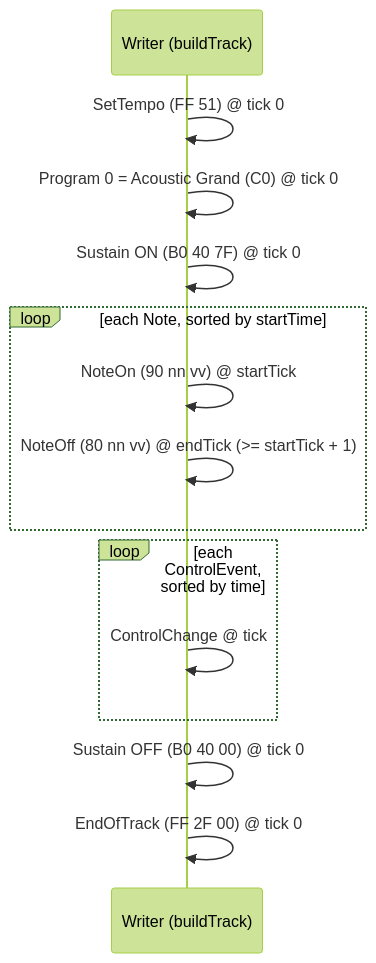
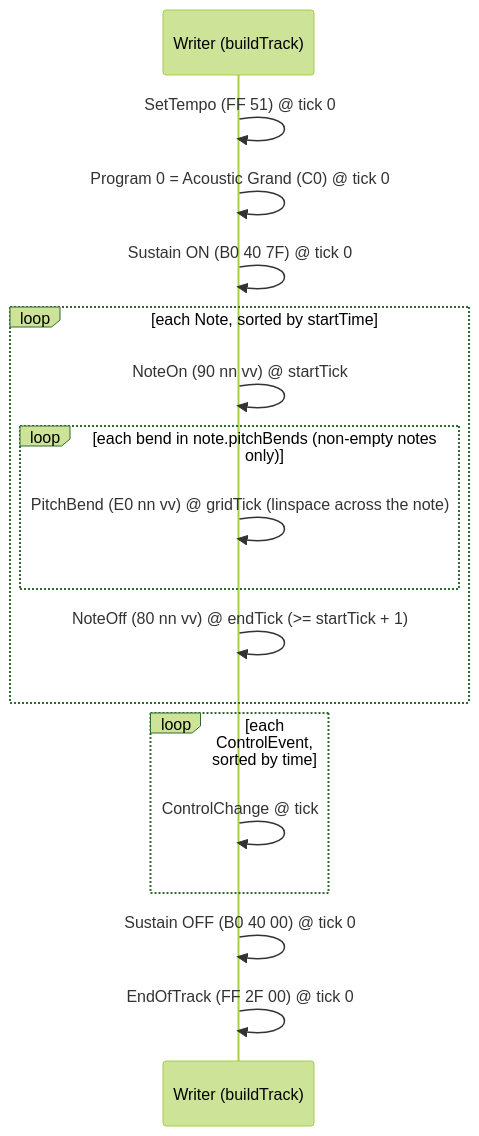
The diagram in lode/midicapture/writer.md (Fudmottin/Audio), drawn with Mermaid (forest theme) before and after one commit. The commit also changed other lines of this file and 2 other files, not shown here.

First line of the commit message:
lode: document 0xE0 pitch-bend write/read + --no-pitch-bends (feature 2)

````diff
--- a/lode/midicapture/writer.md
+++ b/lode/midicapture/writer.md
@@ -38,16 +43,19 @@
 ```mermaid
 sequenceDiagram
     participant W as Writer (buildTrack)
     W->>W: SetTempo (FF 51) @ tick 0
     W->>W: Program 0 = Acoustic Grand (C0) @ tick 0
     W->>W: Sustain ON (B0 40 7F) @ tick 0
     loop each Note, sorted by startTime
         W->>W: NoteOn  (90 nn vv) @ startTick
+        loop each bend in note.pitchBends (non-empty notes only)
+            W->>W: PitchBend (E0 nn vv) @ gridTick  (linspace across the note)
+        end
         W->>W: NoteOff (80 nn vv) @ endTick  (>= startTick + 1)
     end
     loop each ControlEvent, sorted by time
         W->>W: ControlChange @ tick
     end
     W->>W: Sustain OFF (B0 40 00) @ tick 0
     W->>W: EndOfTrack (FF 2F 00) @ tick 0
 ```
````
